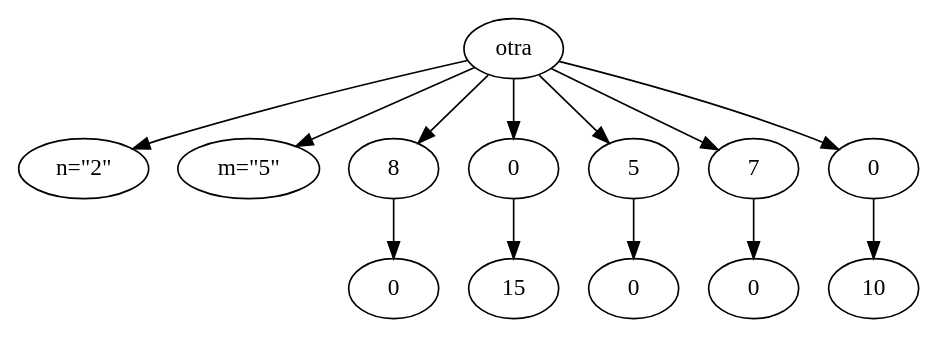
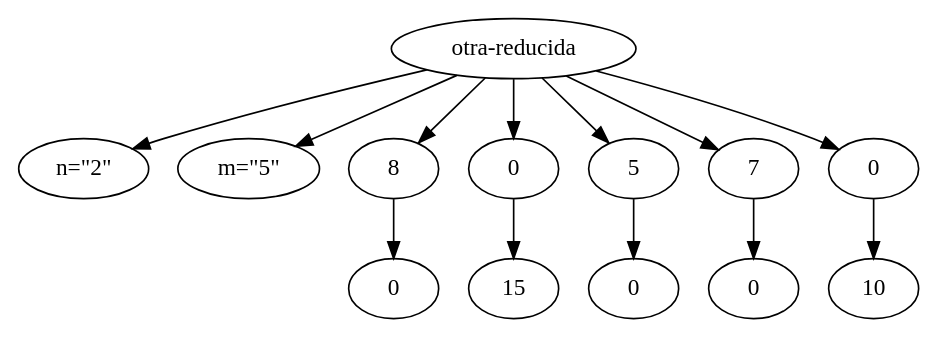
One commit to pereznator/IPC2_Proyecto1_201900810 changed the diagram in graficas/round-table.gv. Above: the diagram before and after it, drawn with Graphviz. The commit also changed 14 other files, not shown here.

```diff
--- a/graficas/round-table.gv
+++ b/graficas/round-table.gv
@@ -1,28 +1,28 @@
 // Comentario
 digraph {
-	nombre [label=otra]
+	nombre [label="otra-reducida"]
 	n [label="n=\"2\""]
 	m [label="m=\"5\""]
 	nombre -> n
 	nombre -> m
 	11 [label=8]
 	nombre -> 11
 	21 [label=0]
 	nombre -> 21
 	31 [label=5]
 	nombre -> 31
 	41 [label=7]
 	nombre -> 41
 	51 [label=0]
 	nombre -> 51
 	12 [label=0]
 	11 -> 12
 	22 [label=15]
 	21 -> 22
 	32 [label=0]
 	31 -> 32
 	42 [label=0]
 	41 -> 42
 	52 [label=10]
 	51 -> 52
 }
```
